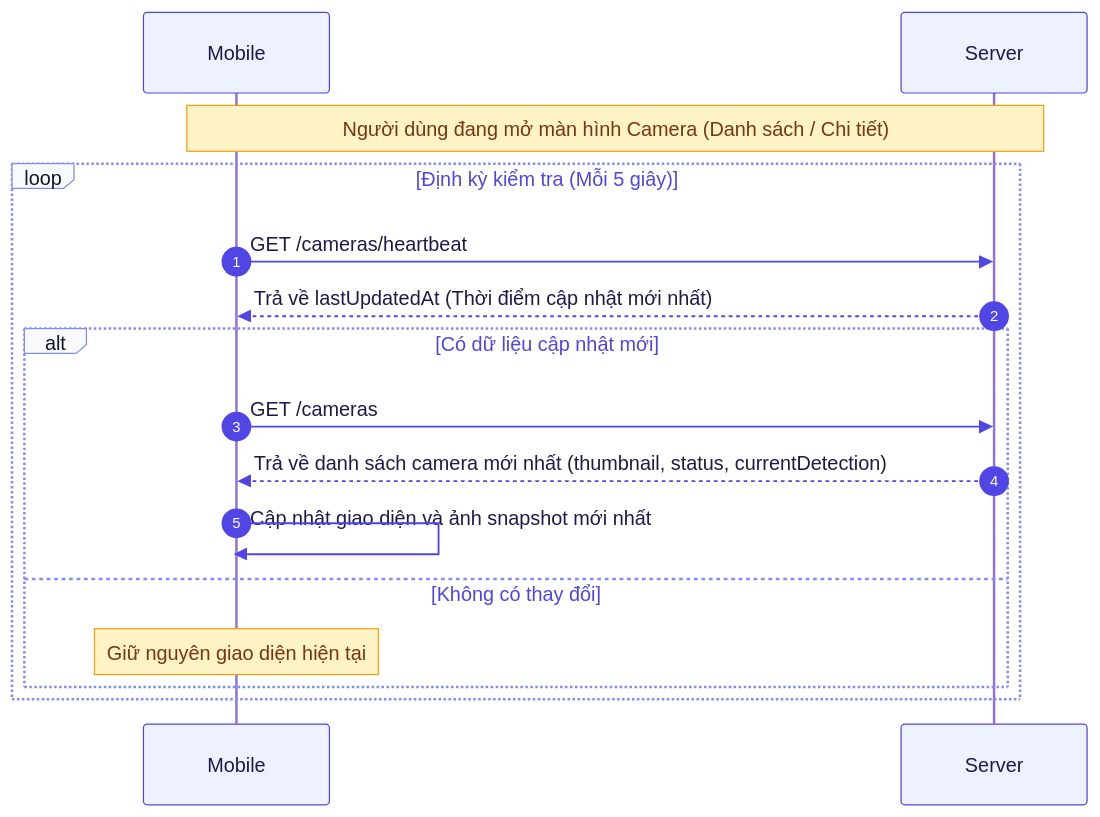
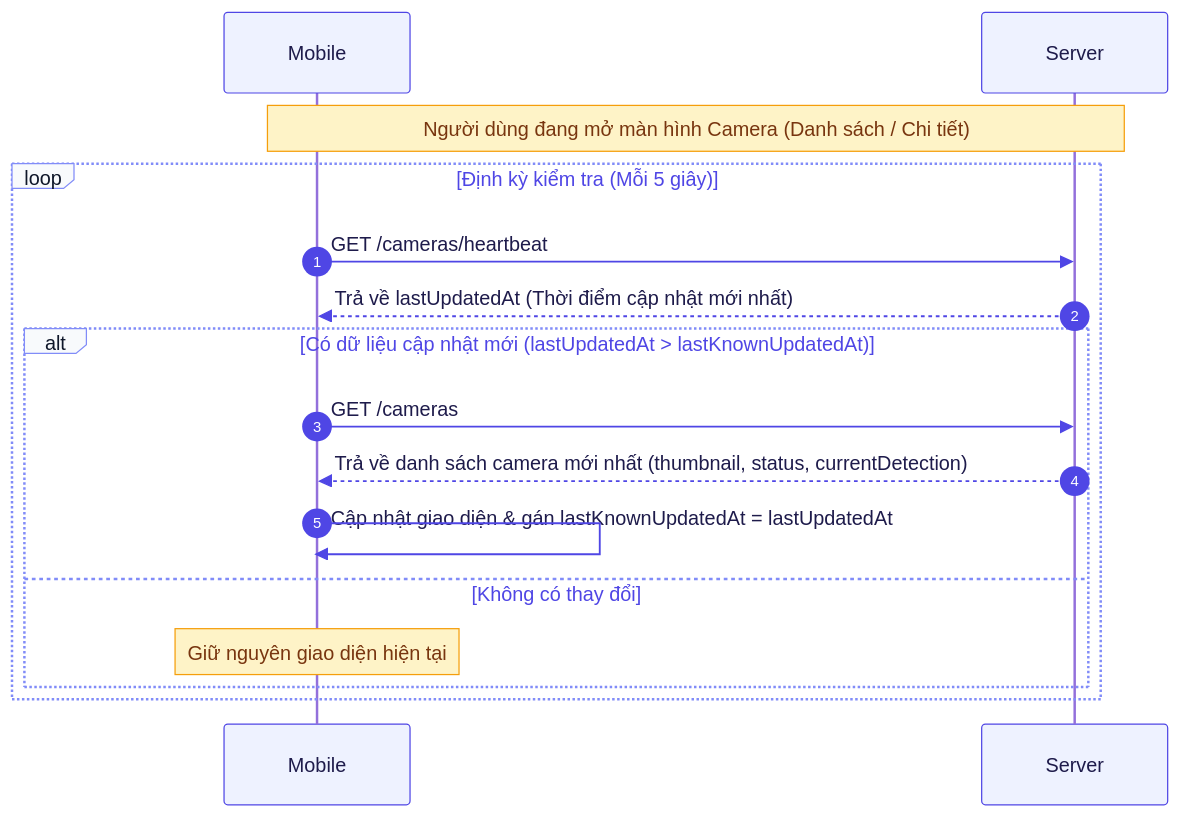
The fifth of 18 diagrams in docs/04-sequence-diagram.md (trungnguyenthien/Wildlife-Warning-and-Deterrence-System), drawn with Mermaid before and after one commit. The commit also changed 1 other file, not shown here.

Commit message:
docs: update system review and sequence diagram documentation

````diff
--- a/docs/04-sequence-diagram.md
+++ b/docs/04-sequence-diagram.md
@@ -359,49 +359,49 @@
 ```mermaid
 %%{init: {
   'theme': 'default',
   'sequence': {
     'rightAngles': true,
     'messageAlign': 'left',
     'messageMargin': 40,
     'actorMargin': 80
   },
   'themeVariables': {
     'primaryColor': '#EEF2FF',
     'primaryTextColor': '#1E1B4B',
     'primaryBorderColor': '#6366F1',
     'lineColor': '#4F46E5',
     'secondaryColor': '#F0FDFA',
     'actorBkg': '#EEF2FF',
     'actorBorder': '#4F46E5',
     'actorTextColor': '#1E1B4B',
     'signalColor': '#4F46E5',
     'signalTextColor': '#1E1B4B',
     'labelBoxBkgColor': '#F8FAFC',
     'labelBoxBorderColor': '#818CF8',
     'labelTextColor': '#0F172A',
     'loopTextColor': '#4F46E5',
     'noteBkgColor': '#FEF3C7',
     'noteTextColor': '#78350F',
     'noteBorderColor': '#F59E0B',
     'activationBkgColor': '#C7D2FE',
     'sequenceNumberColor': '#FFFFFF'
   }
 }}%%
 sequenceDiagram
     autonumber
     participant Mobile as Mobile
     participant Server as Server
 
     Note over Mobile, Server: Người dùng đang mở màn hình Camera (Danh sách / Chi tiết)
     loop Định kỳ kiểm tra (Mỗi 5 giây)
         Mobile->>Server: GET /cameras/heartbeat
         Server-->>Mobile: Trả về lastUpdatedAt (Thời điểm cập nhật mới nhất)
-        alt Có dữ liệu cập nhật mới
+        alt Có dữ liệu cập nhật mới (lastUpdatedAt > lastKnownUpdatedAt)
             Mobile->>Server: GET /cameras
             Server-->>Mobile: Trả về danh sách camera mới nhất (thumbnail, status, currentDetection)
-            Mobile->>Mobile: Cập nhật giao diện và ảnh snapshot mới nhất
+            Mobile->>Mobile: Cập nhật giao diện & gán lastKnownUpdatedAt = lastUpdatedAt
         else Không có thay đổi
             Note over Mobile: Giữ nguyên giao diện hiện tại
         end
     end
 ```
````
